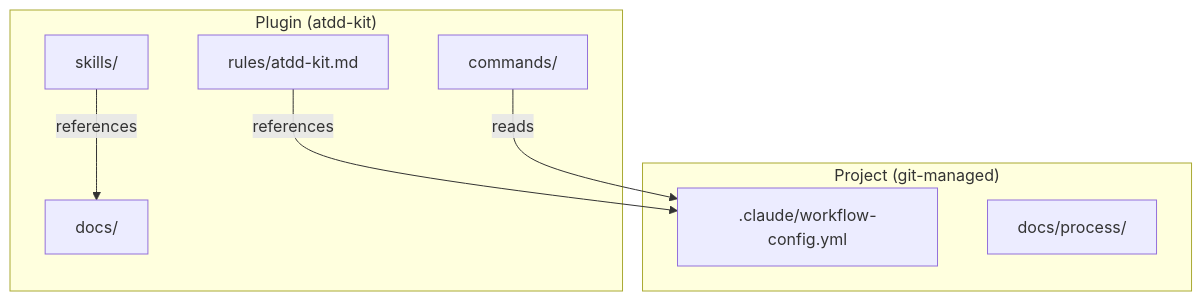
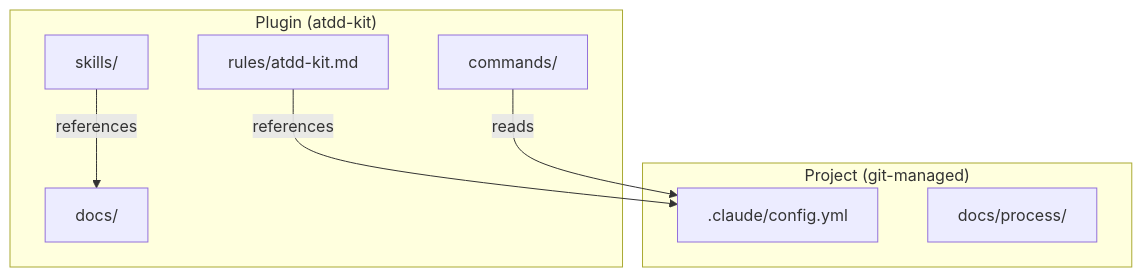
One commit to o3-ozono/atdd-kit changed the fourth of 4 diagrams in docs/workflow/workflow-detail.md. Above: the diagram before and after it, drawn with Mermaid. The commit also changed 23 other files, not shown here.

````diff
--- a/docs/workflow/workflow-detail.md
+++ b/docs/workflow/workflow-detail.md
@@ -178,18 +178,18 @@
 ```mermaid
 graph TB
     subgraph "Plugin (atdd-kit)"
         RULES["rules/atdd-kit.md"]
         DOCS["docs/"]
         SKILLS["skills/"]
         CMDS["commands/"]
     end
 
     subgraph "Project (git-managed)"
-        CFG[".claude/workflow-config.yml"]
+        CFG[".claude/config.yml"]
         PDOCS["docs/process/"]
     end
 
     RULES -- "references" --> CFG
     CMDS -- "reads" --> CFG
     SKILLS -- "references" --> DOCS
 ```
````
